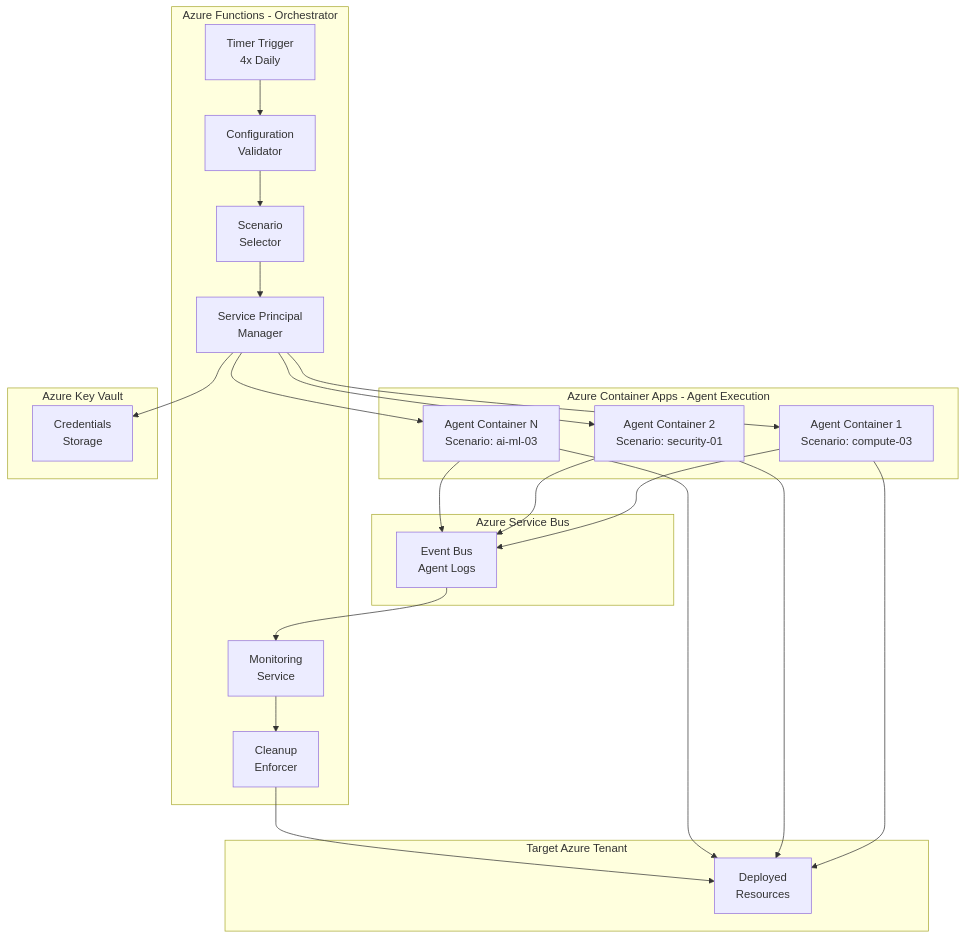
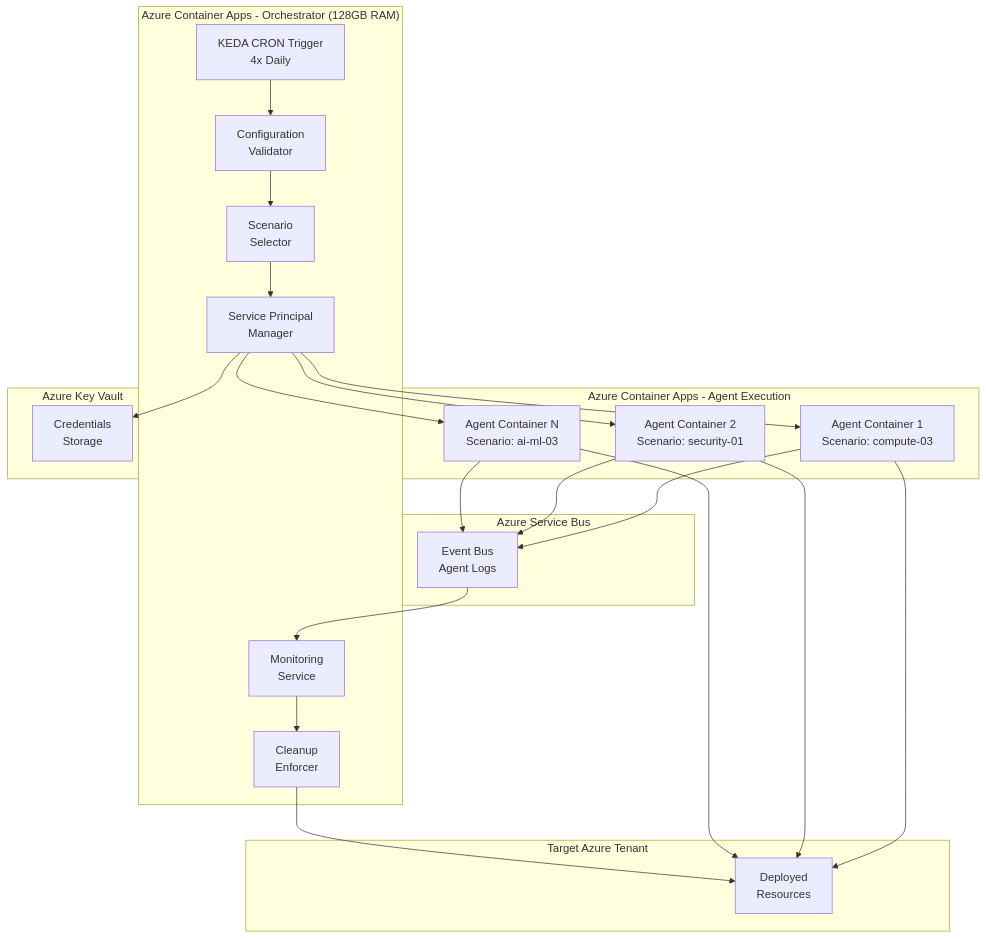
Before and after one commit to rysweet/AzureHayMaker: the first of 6 diagrams in docs/ARCHITECTURE.md, drawn with Mermaid. The commit also changed other lines of this file and 18 other files, not shown here.

First line of the commit message:
fix(infra): Remove legacy Azure Functions infrastructure (#55)

````diff
--- a/docs/ARCHITECTURE.md
+++ b/docs/ARCHITECTURE.md
@@ -38,49 +38,49 @@
 ```mermaid
 graph TB
-    subgraph "Azure Functions - Orchestrator"
-        Timer[Timer Trigger<br/>4x Daily]
+    subgraph "Azure Container Apps - Orchestrator (128GB RAM)"
+        Timer[KEDA CRON Trigger<br/>4x Daily]
         Config[Configuration<br/>Validator]
         Selector[Scenario<br/>Selector]
         SPMgr[Service Principal<br/>Manager]
         Monitor[Monitoring<br/>Service]
         Cleanup[Cleanup<br/>Enforcer]
     end
 
     subgraph "Azure Container Apps - Agent Execution"
         Agent1[Agent Container 1<br/>Scenario: compute-03]
         Agent2[Agent Container 2<br/>Scenario: security-01]
         AgentN[Agent Container N<br/>Scenario: ai-ml-03]
     end
 
     subgraph "Azure Service Bus"
         EventBus[Event Bus<br/>Agent Logs]
     end
 
     subgraph "Azure Key Vault"
         Secrets[Credentials<br/>Storage]
     end
 
     subgraph "Target Azure Tenant"
         Resources[Deployed<br/>Resources]
     end
 
     Timer --> Config
     Config --> Selector
     Selector --> SPMgr
     SPMgr --> Secrets
     SPMgr --> Agent1
     SPMgr --> Agent2
     SPMgr --> AgentN
 
     Agent1 --> EventBus
     Agent2 --> EventBus
     AgentN --> EventBus
 
     Agent1 --> Resources
     Agent2 --> Resources
     AgentN --> Resources
 
     EventBus --> Monitor
     Monitor --> Cleanup
     Cleanup --> Resources
 ```
````
